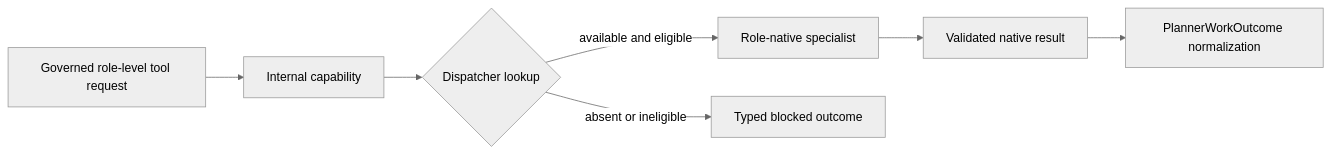
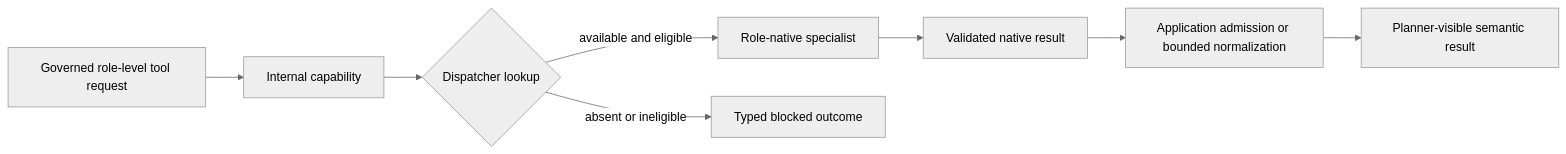
The diagram in docs/architecture/executor-and-dispatch.md (24127027/CogniEDA), drawn with Mermaid (neutral theme) before and after one commit. The commit also changed other lines of this file and 20 other files, not shown here.

````diff
--- a/docs/architecture/executor-and-dispatch.md
+++ b/docs/architecture/executor-and-dispatch.md
@@ -169,9 +169,10 @@
 ```mermaid
 flowchart LR
     T[Governed role-level tool request] --> R[Internal capability]
     R --> D{Dispatcher lookup}
     D -->|available and eligible| E[Role-native specialist]
     D -->|absent or ineligible| B[Typed blocked outcome]
     E --> N[Validated native result]
-    N --> O[PlannerWorkOutcome normalization]
+    N --> A[Application admission or bounded normalization]
+    A --> O[Planner-visible semantic result]
 ```
````
